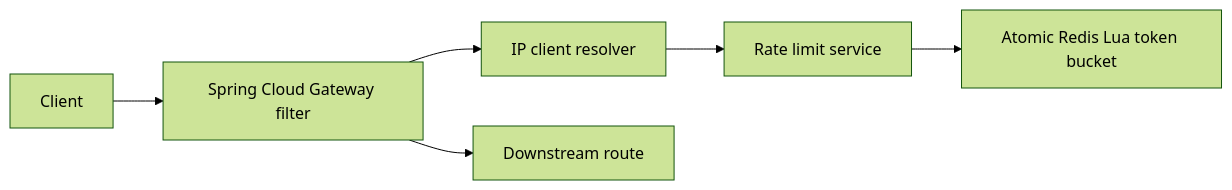
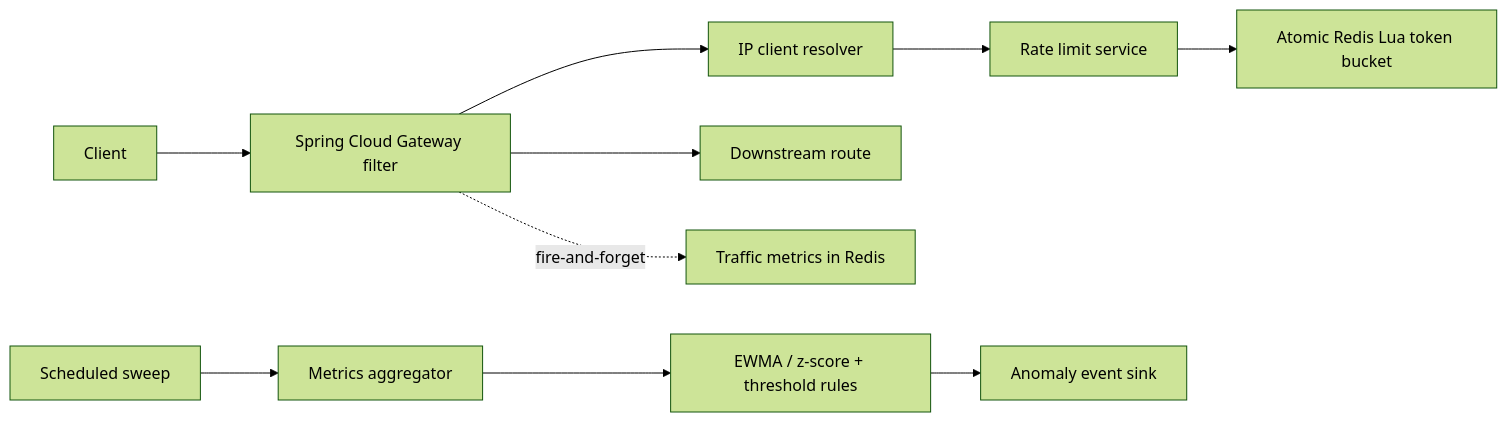
The diagram in README.md (Ka4tik3y/rate-gaurd), drawn with Mermaid (forest theme) before and after one commit. The commit also changed other lines of this file and 26 other files, not shown here.

First line of the commit message:
Phase 2: traffic metrics + deterministic anomaly detection

````diff
--- a/README.md
+++ b/README.md
@@ -5,8 +7,12 @@
 ```mermaid
 flowchart LR
   C[Client] --> G[Spring Cloud Gateway filter]
   G --> I[IP client resolver]
   I --> S[Rate limit service]
   S --> L[Atomic Redis Lua token bucket]
   G --> D[Downstream route]
+  G -. fire-and-forget .-> M[Traffic metrics in Redis]
+  SCHED[Scheduled sweep] --> AGG[Metrics aggregator]
+  AGG --> DET[EWMA / z-score + threshold rules]
+  DET --> SINK[Anomaly event sink]
 ```
````
